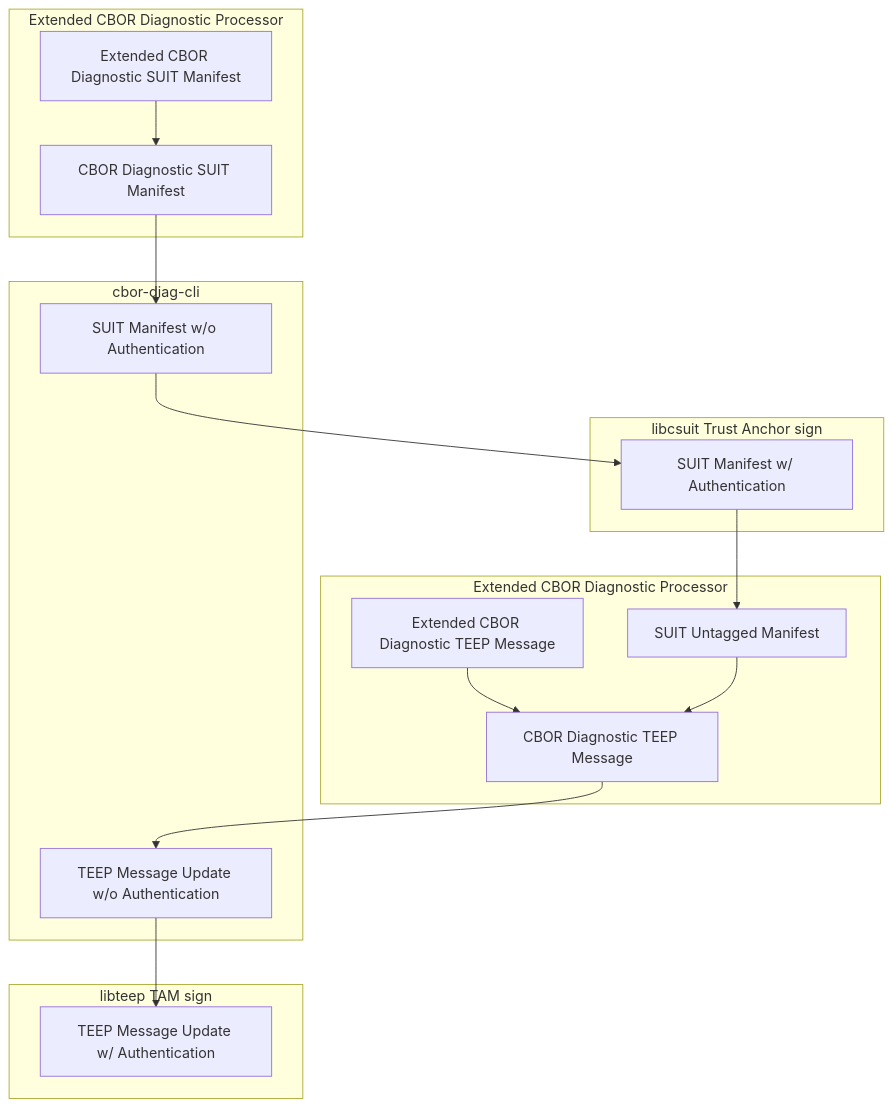
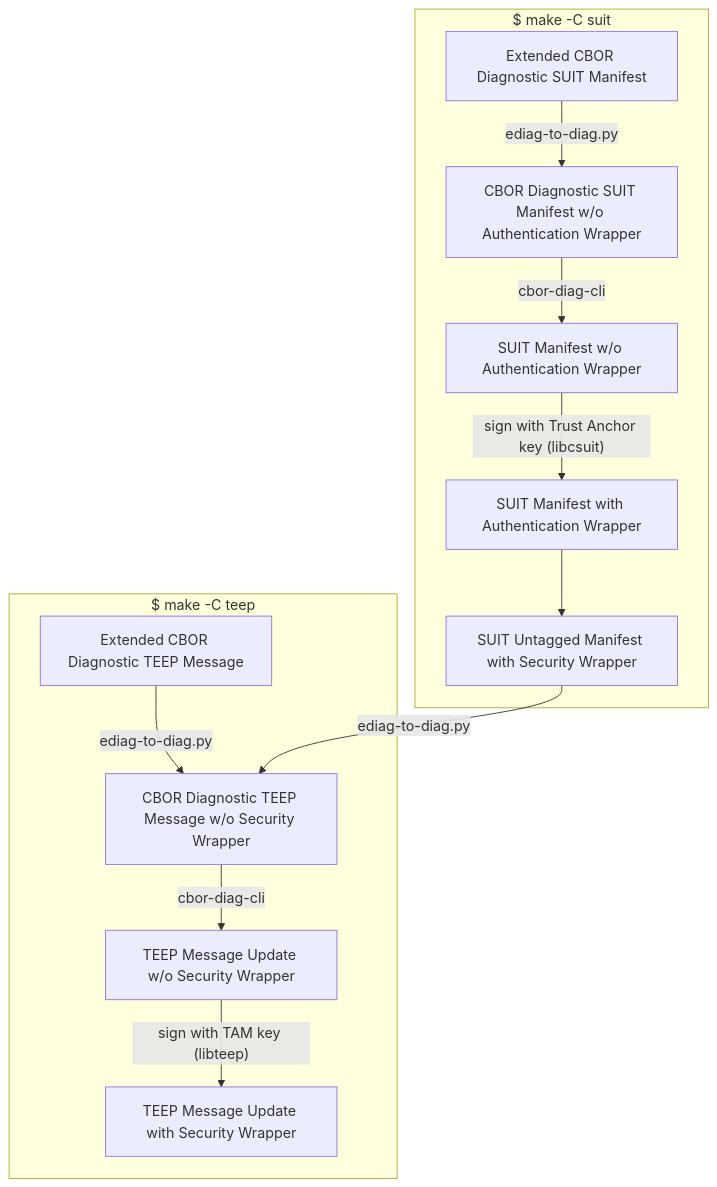
The diagram in README.md (kentakayama/suit-manifest-generator), drawn with Mermaid before and after one commit.

````diff
--- a/README.md
+++ b/README.md
@@ -20,41 +20,29 @@
 ``` mermaid
 graph TD
 
-TM[TEEP Message Update w/ Authentication]
-TM0[TEEP Message Update w/o Authentication]
-SUM[SUIT Untagged Manifest]
+TM[TEEP Message Update with Security Wrapper]
+TM0[TEEP Message Update w/o Security Wrapper]
+SUM[SUIT Untagged Manifest with Security Wrapper]
 
-SM[SUIT Manifest w/ Authentication]
-SM0[SUIT Manifest w/o Authentication]
-DSM[CBOR Diagnostic SUIT Manifest]
-DTM[CBOR Diagnostic TEEP Message]
+SM[SUIT Manifest with Authentication Wrapper]
+SM0[SUIT Manifest w/o Authentication Wrapper]
+DSM[CBOR Diagnostic SUIT Manifest w/o Authentication Wrapper]
+DTM[CBOR Diagnostic TEEP Message w/o Security Wrapper]
 EDSM[Extended CBOR Diagnostic SUIT Manifest]
 EDTM[Extended CBOR Diagnostic TEEP Message]
 
-subgraph Extended CBOR Diagnostic Processor
-    EDSM --> DSM
+subgraph "`$ make -C suit`"
+  EDSM -- ediag-to-diag.py --> DSM
+  DSM -- cbor-diag-cli --> SM0
+  SM0 -- "sign with Trust Anchor key (libcsuit)" --> SM
+  SM --> SUM
 end
 
-subgraph cbor-diag-cli
-    DSM --> SM0
-end
+subgraph "`$ make -C teep`"
+  EDTM -- ediag-to-diag.py --> DTM
+  SUM -- ediag-to-diag.py --> DTM
 
-subgraph libcsuit Trust Anchor sign
-    SM0 --> SM
-end
-
-SM --> SUM
-
-subgraph Extended CBOR Diagnostic Processor
-    EDTM --> DTM
-    SUM --> DTM
-end
-
-subgraph cbor-diag-cli
-    DTM --> TM0
-end
-
-subgraph libteep TAM sign
-    TM0 --> TM
+  DTM -- cbor-diag-cli --> TM0
+  TM0 -- "sign with TAM key (libteep)" --> TM
 end
 ```
````
